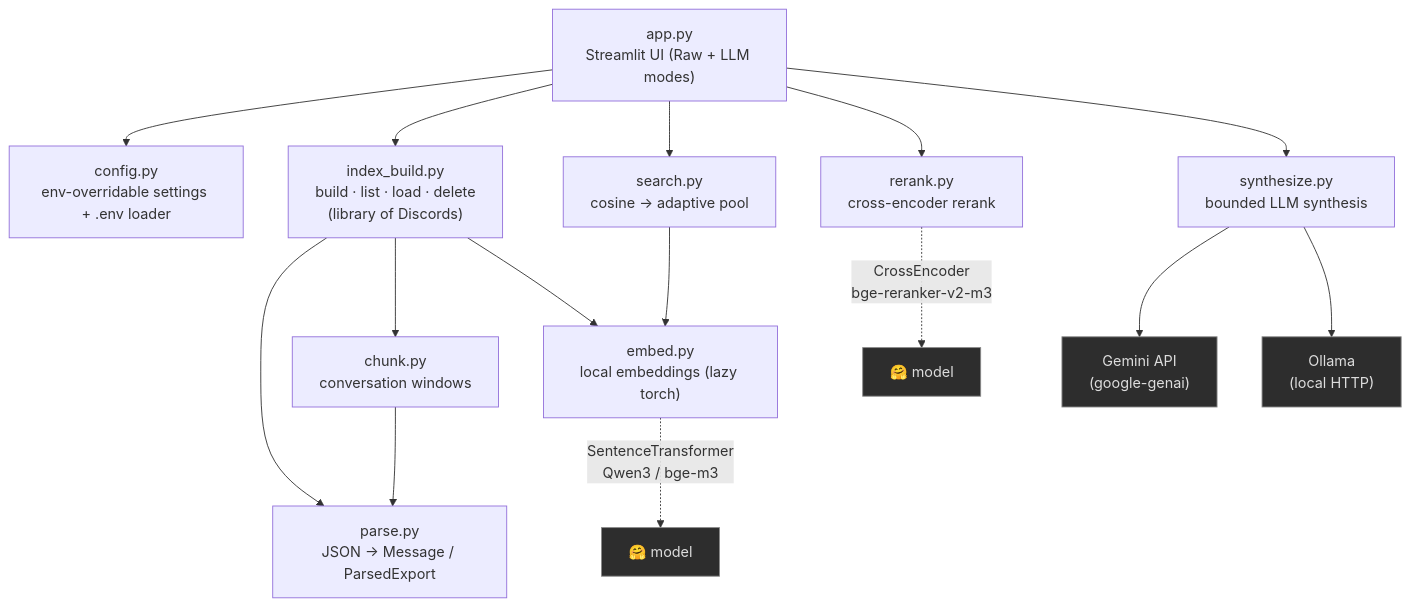
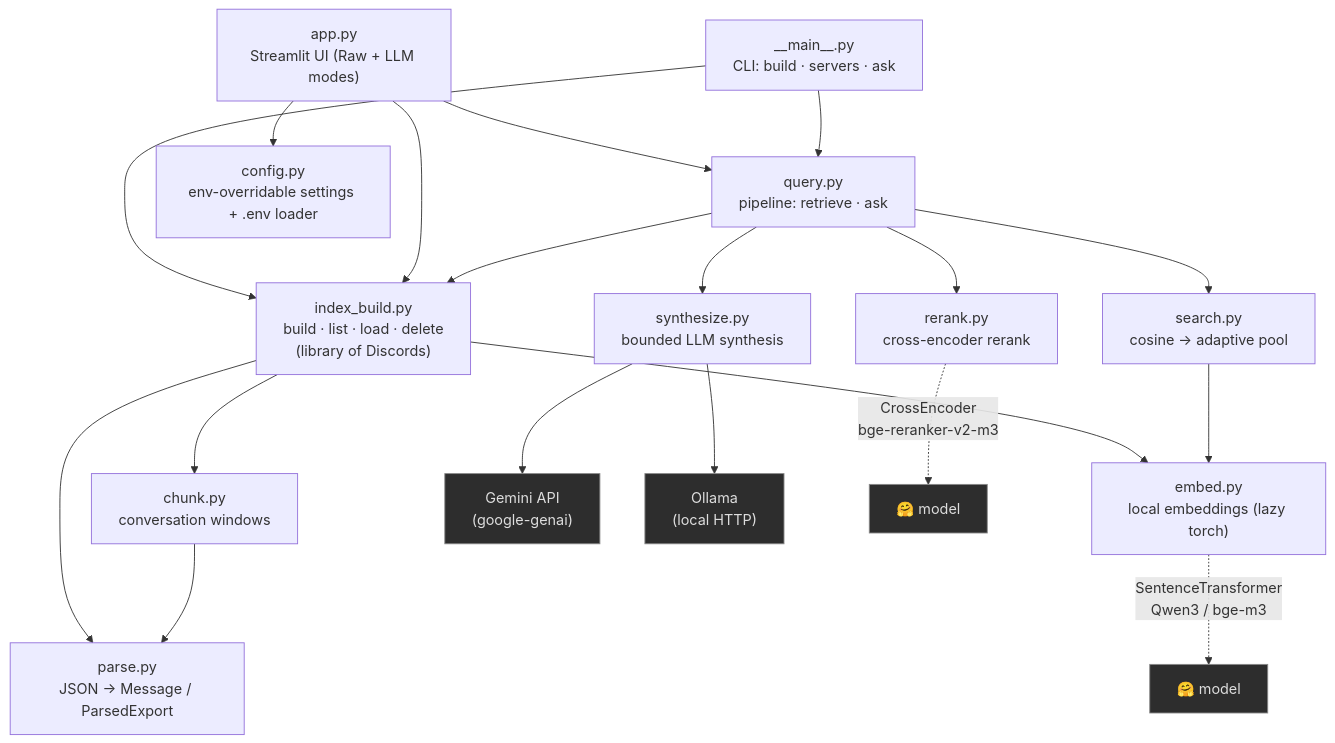
The third of 4 diagrams in ARCHITECTURE.md (mattr13000/discord-answerer), drawn with Mermaid before and after one commit. The commit also changed other lines of this file and 13 other files, not shown here.

````diff
--- a/ARCHITECTURE.md
+++ b/ARCHITECTURE.md
@@ -87,24 +87,29 @@
 ```mermaid
 flowchart TD
     APP["app.py<br/>Streamlit UI (Raw + LLM modes)"]
+    CLI["__main__.py<br/>CLI: build · servers · ask"]
 
+    APP --> QY["query.py<br/>pipeline: retrieve · ask"]
+    CLI --> QY
+    CLI --> IB
     APP --> CFG["config.py<br/>env-overridable settings + .env loader"]
     APP --> IB["index_build.py<br/>build · list · load · delete<br/>(library of Discords)"]
-    APP --> SE["search.py<br/>cosine → adaptive pool"]
-    APP --> RR["rerank.py<br/>cross-encoder rerank"]
-    APP --> SY["synthesize.py<br/>bounded LLM synthesis"]
+    QY --> IB
+    QY --> SE["search.py<br/>cosine → adaptive pool"]
+    QY --> RR["rerank.py<br/>cross-encoder rerank"]
+    QY --> SY["synthesize.py<br/>bounded LLM synthesis"]
 
     IB --> PA["parse.py<br/>JSON → Message / ParsedExport"]
     IB --> CH["chunk.py<br/>conversation windows"]
     IB --> EM["embed.py<br/>local embeddings (lazy torch)"]
     CH --> PA
     SE --> EM
     SY --> GEM["Gemini API<br/>(google-genai)"]
     SY --> OLL["Ollama<br/>(local HTTP)"]
 
     EM -. "SentenceTransformer<br/>Qwen3 / bge-m3" .-> HF["🤗 model"]
     RR -. "CrossEncoder<br/>bge-reranker-v2-m3" .-> HF2["🤗 model"]
 
     classDef ext fill:#2d2d2d,stroke:#888,color:#ddd;
     class GEM,OLL,HF,HF2 ext;
 ```
````
